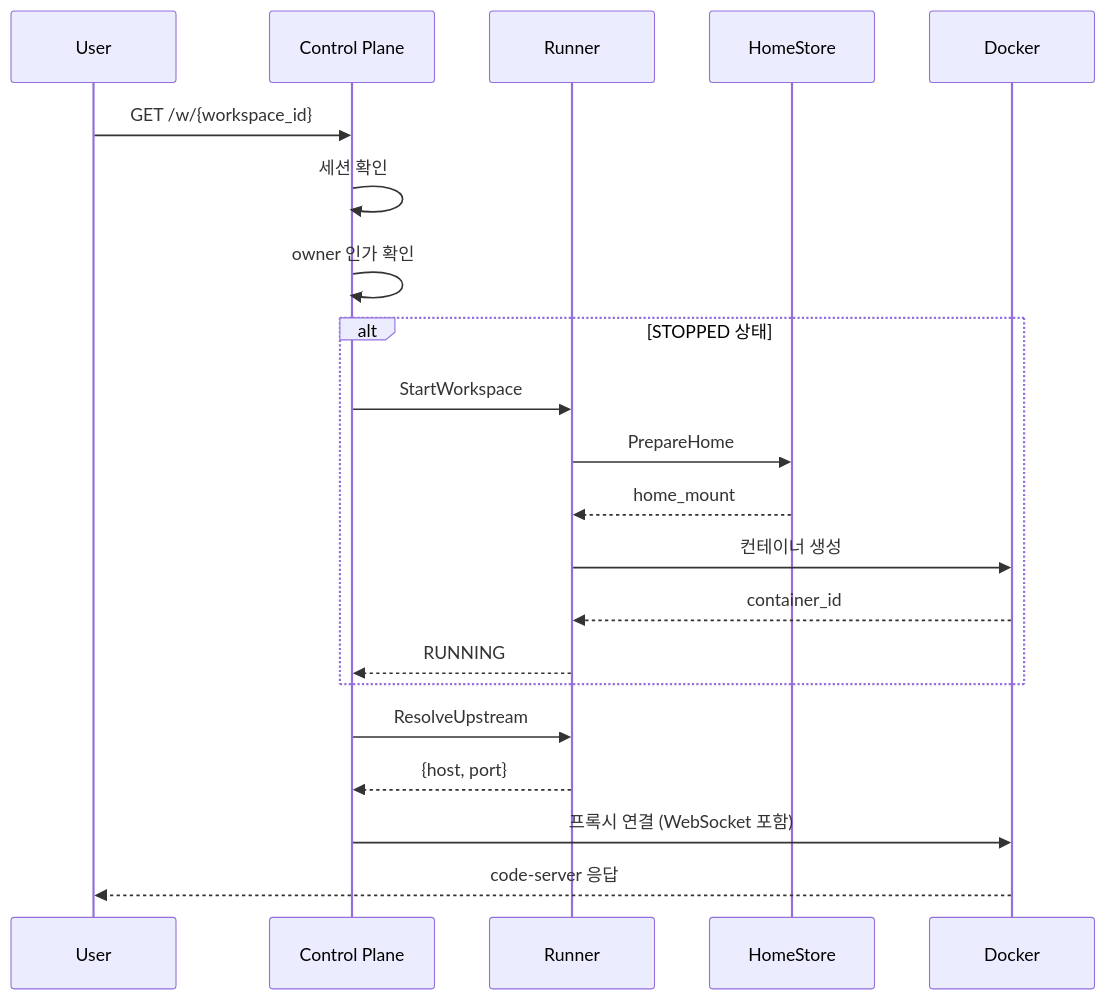
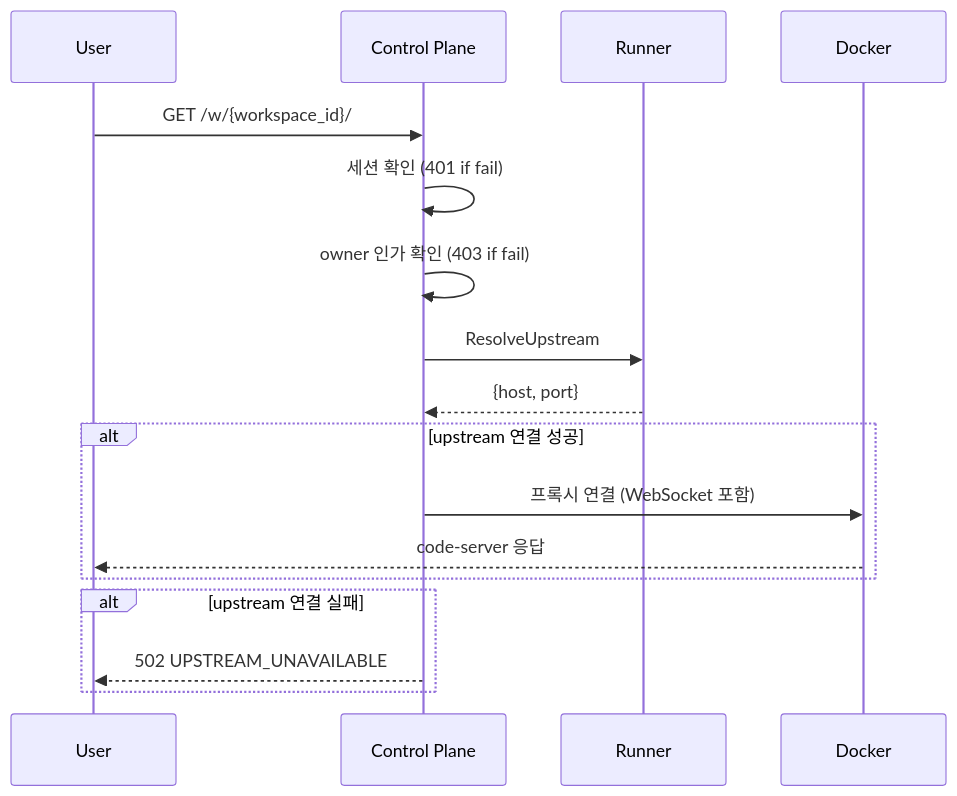
The second of 6 diagrams in docs/architecture.md (cagojeiger/code-hub), drawn with Mermaid before and after one commit. The commit also changed other lines of this file and 3 other files, not shown here.

````diff
--- a/docs/architecture.md
+++ b/docs/architecture.md
@@ -44,26 +47,22 @@
 ```mermaid
 sequenceDiagram
     participant U as User
     participant CP as Control Plane
     participant R as Runner
-    participant HS as HomeStore
     participant D as Docker
 
-    U->>CP: GET /w/{workspace_id}
-    CP->>CP: 세션 확인
-    CP->>CP: owner 인가 확인
+    U->>CP: GET /w/{workspace_id}/
+    CP->>CP: 세션 확인 (401 if fail)
+    CP->>CP: owner 인가 확인 (403 if fail)
+    CP->>R: ResolveUpstream
+    R-->>CP: {host, port}
 
-    alt STOPPED 상태
-        CP->>R: StartWorkspace
-        R->>HS: PrepareHome
-        HS-->>R: home_mount
-        R->>D: 컨테이너 생성
-        D-->>R: container_id
-        R-->>CP: RUNNING
+    alt upstream 연결 성공
+        CP->>D: 프록시 연결 (WebSocket 포함)
+        D-->>U: code-server 응답
     end
 
-    CP->>R: ResolveUpstream
-    R-->>CP: {host, port}
-    CP->>D: 프록시 연결 (WebSocket 포함)
-    D-->>U: code-server 응답
+    alt upstream 연결 실패
+        CP-->>U: 502 UPSTREAM_UNAVAILABLE
+    end
 ```
````
